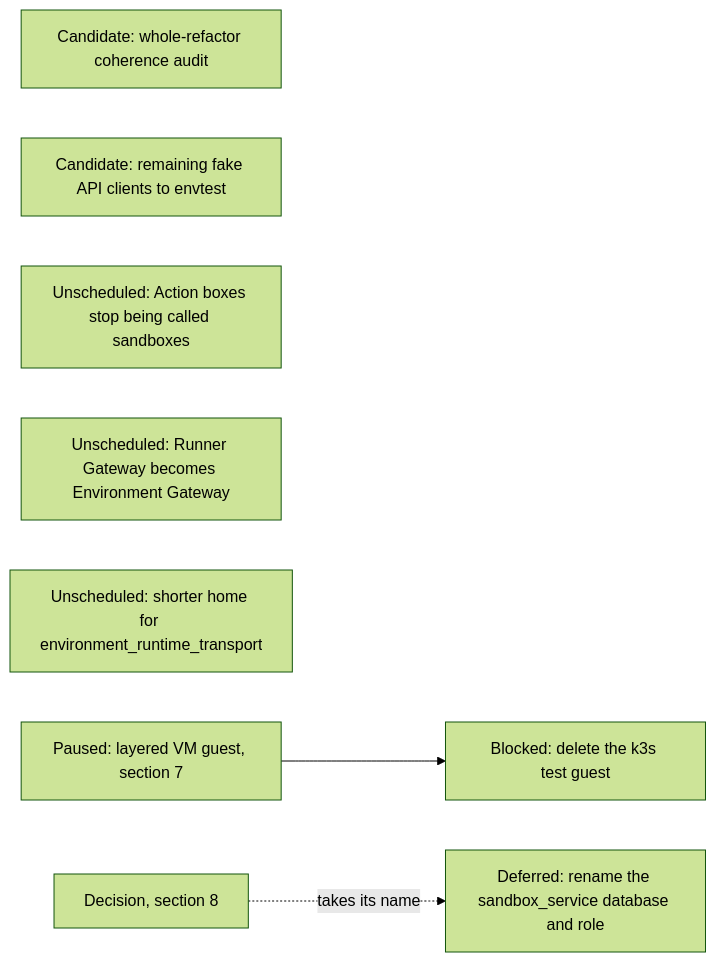
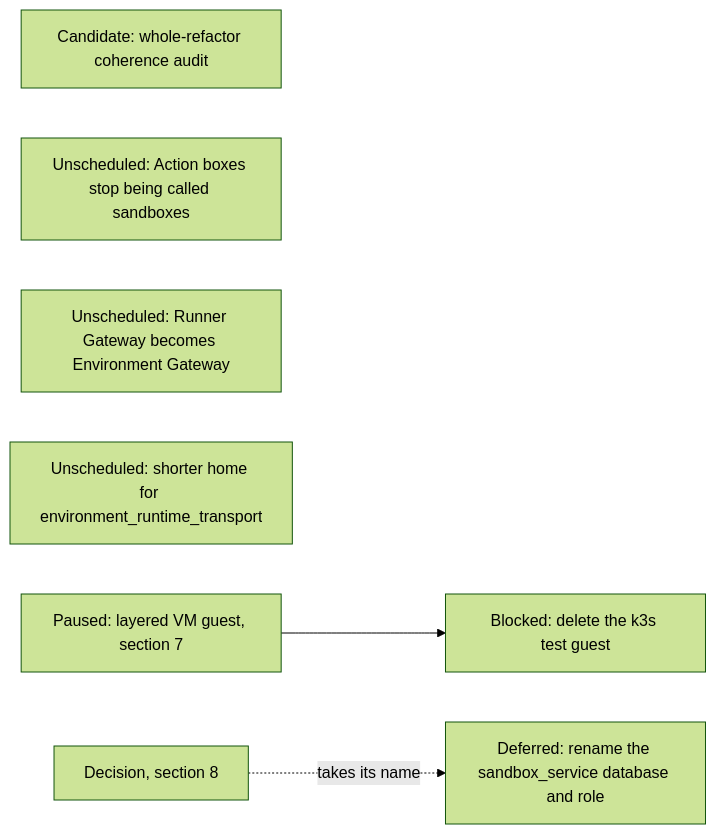
Before and after one commit to agentydragon/ducktape: diagram 17 of 18 in agentplane/plans/task_dag.md, drawn with Mermaid (forest theme). The commit also changed other lines of this file and 7 other files, not shown here.

````diff
--- a/agentplane/plans/task_dag.md
+++ b/agentplane/plans/task_dag.md
@@ -3654,10 +3654,9 @@
 ```mermaid
 flowchart LR
     REFACTOR_COHERENCE_AUDIT[Candidate: whole-refactor coherence audit]
-    FAKE_CLIENTS_TO_ENVTEST[Candidate: remaining fake API clients to envtest]
     ACTION_BOX_RENAME[Unscheduled: Action boxes stop being called sandboxes]
     RUNNER_GATEWAY_RENAME[Unscheduled: Runner Gateway becomes Environment Gateway]
     TRANSPORT_PACKAGE_RENAME[Unscheduled: shorter home for environment_runtime_transport]
     RUNNER_LAYERING_VM[Paused: layered VM guest, section 7] --> K3S_TEST_GUEST_RETIRE[Blocked: delete the k3s test guest]
     HISTORY_SERVICE_RENAME[Decision, section 8] -. takes its name .-> HISTORY_DATABASE_RENAME[Deferred: rename the sandbox_service database and role]
 ```
````
